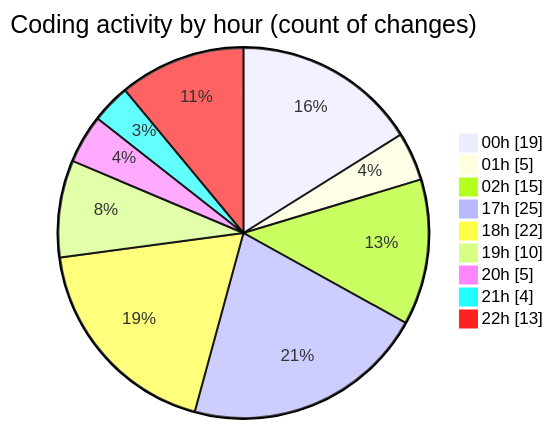
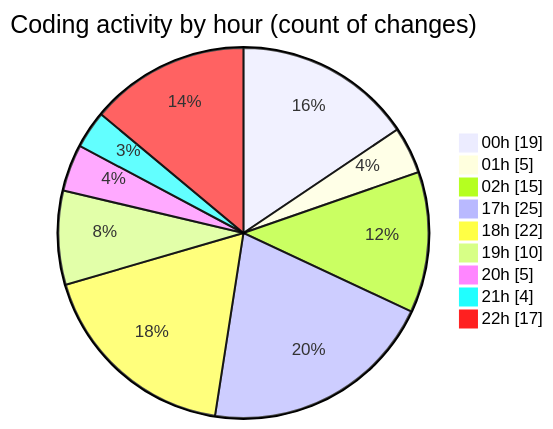
The second of 2 diagrams in 2025-02-14/elitegpt/README.md (Elitesun/code-tracking), drawn with Mermaid before and after one commit. The commit also changed other lines of this file and 1 other file, not shown here.

````diff
--- a/2025-02-14/elitegpt/README.md
+++ b/2025-02-14/elitegpt/README.md
@@ -44,13 +44,13 @@
 ```mermaid
 pie showData
 title Coding activity by hour (count of changes)
 "00h" : 19
 "01h" : 5
 "02h" : 15
 "17h" : 25
 "18h" : 22
 "19h" : 10
 "20h" : 5
 "21h" : 4
-"22h" : 13
+"22h" : 17
 ```
````
